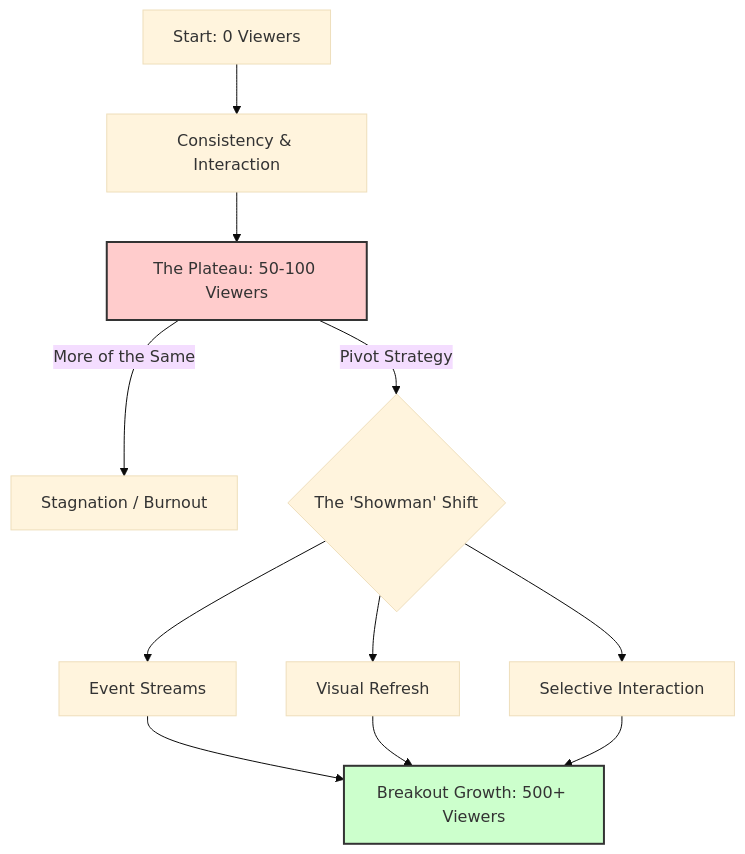
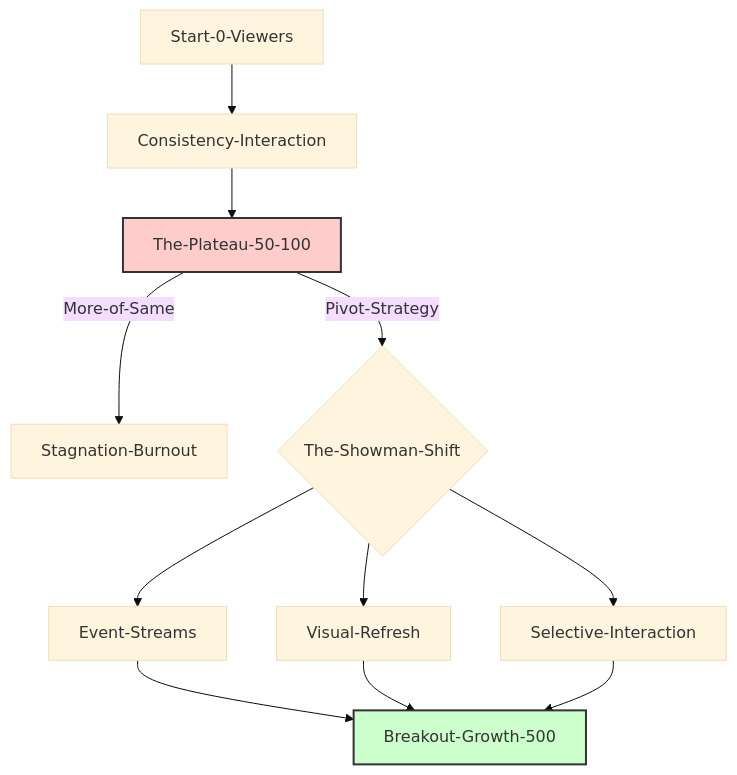
One commit to littl3-boat/ttwise changed the diagram in data/blog/breaking-tiktok-live-growth-plateau-2026.mdx. Above: the diagram before and after it, drawn with Mermaid (base theme). The commit also changed 35 other files, not shown here.

First line of the commit message:
feat: fix Mermaid diagram syntax across blog posts and add new Reddit-sourced blog entries

````diff
--- a/data/blog/breaking-tiktok-live-growth-plateau-2026.mdx
+++ b/data/blog/breaking-tiktok-live-growth-plateau-2026.mdx
@@ -73,16 +73,16 @@
   ```mermaid
-  graph TD
-    A[Start: 0 Viewers] --> B[Consistency & Interaction];
-    B --> C[The Plateau: 50-100 Viewers];
-    C -- "More of the Same" --> D[Stagnation / Burnout];
-    C -- "Pivot Strategy" --> E{The 'Showman' Shift};
-    E --> F[Event Streams];
-    E --> G[Visual Refresh];
-    E --> H[Selective Interaction];
-    F --> I[Breakout Growth: 500+ Viewers];
-    G --> I;
-    H --> I;
+  flowchart TD
+    A[Start-0-Viewers] --> B[Consistency-Interaction]
+    B --> C[The-Plateau-50-100]
+    C -- More-of-Same --> D[Stagnation-Burnout]
+    C -- Pivot-Strategy --> E{The-Showman-Shift}
+    E --> F[Event-Streams]
+    E --> G[Visual-Refresh]
+    E --> H[Selective-Interaction]
+    F --> I[Breakout-Growth-500]
+    G --> I
+    H --> I
     
     style C fill:#ffcccc,stroke:#333,stroke-width:2px
     style I fill:#ccffcc,stroke:#333,stroke-width:2px
-  ```
+```
````
